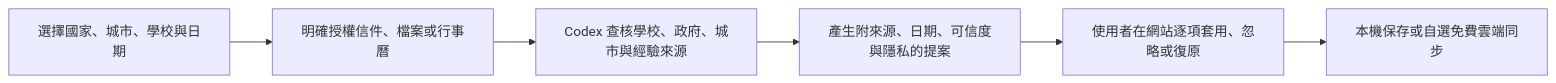
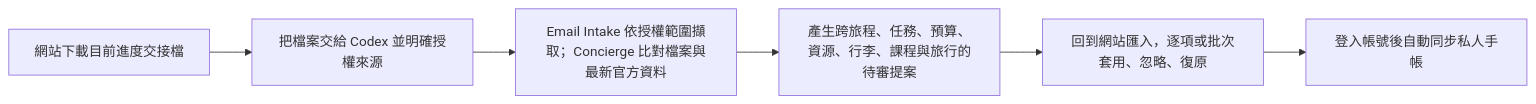
One commit to NCCUJacky80936/exchange-companion changed the diagram in README.md. Above: the diagram before and after it, drawn with Mermaid. The commit also changed other lines of this file and 30 other files, not shown here.

````diff
--- a/README.md
+++ b/README.md
@@ -39,8 +40,8 @@
 ```mermaid
 flowchart LR
-  A["選擇國家、城市、學校與日期"] --> B["明確授權信件、檔案或行事曆"]
-  B --> C["Codex 查核學校、政府、城市與經驗來源"]
-  C --> D["產生附來源、日期、可信度與隱私的提案"]
-  D --> E["使用者在網站逐項套用、忽略或復原"]
-  E --> F["本機保存或自選免費雲端同步"]
+  A["網站下載目前進度交接檔"] --> B["把檔案交給 Codex 並明確授權來源"]
+  B --> C["Email Intake 依授權範圍擷取；Concierge 比對檔案與最新官方資料"]
+  C --> D["產生跨旅程、任務、預算、資源、行李、課程與旅行的待審提案"]
+  D --> E["回到網站匯入，逐項或批次套用、忽略、復原"]
+  E --> F["登入帳號後自動同步私人手帳"]
 ```
````
